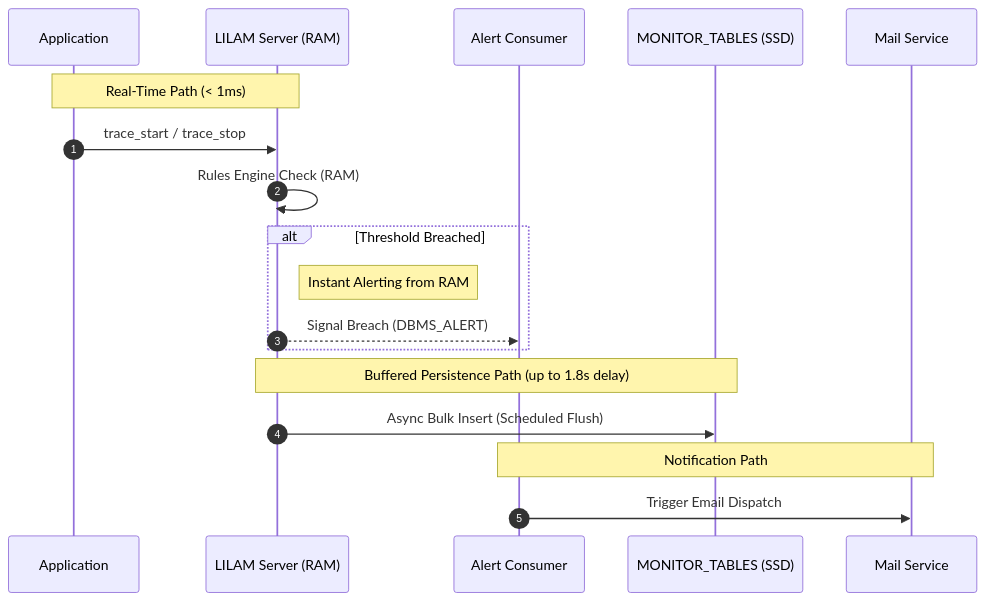
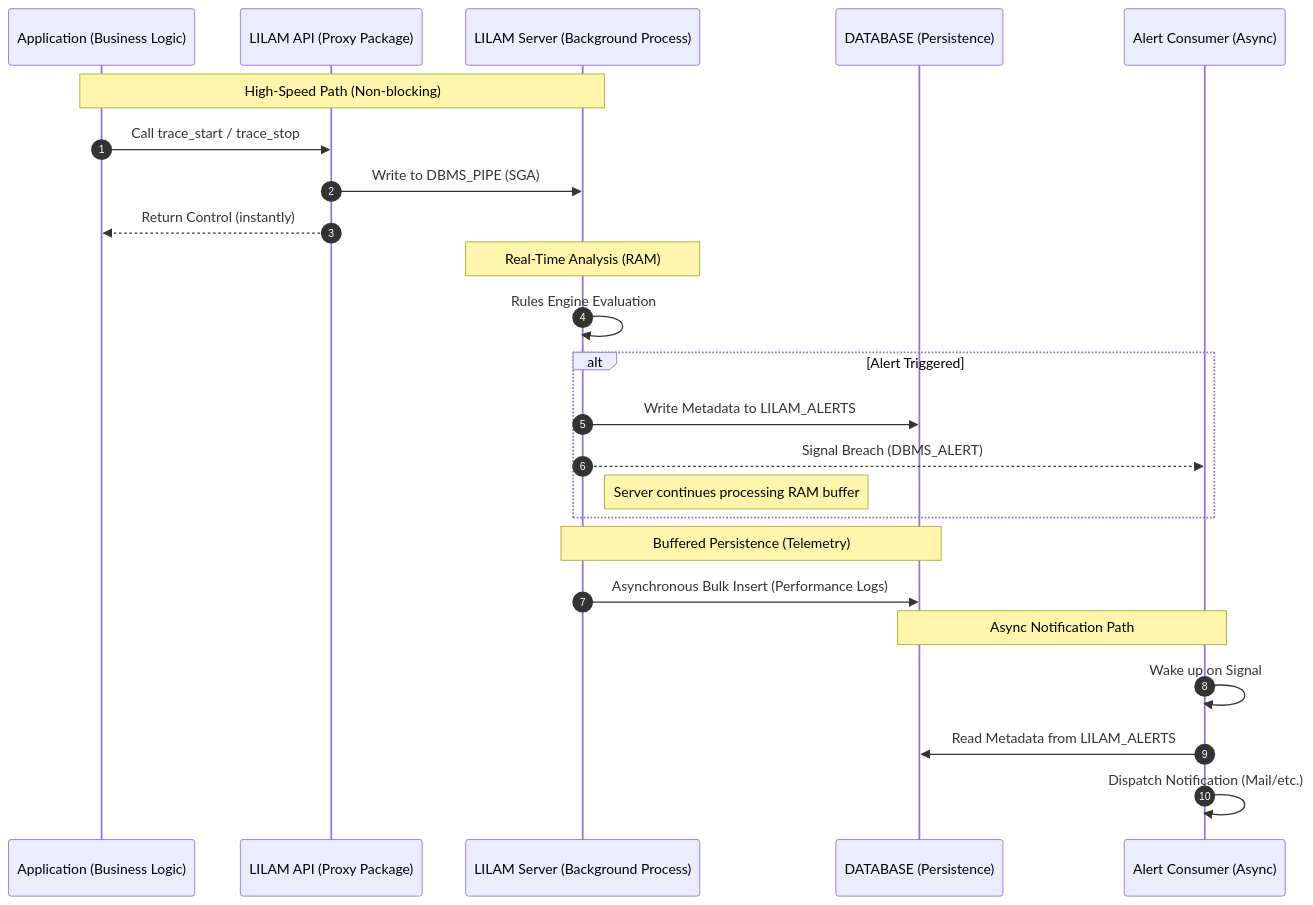
The diagram in rules/rules.md (dirkgermany/LILA), drawn with Mermaid before and after one commit. The commit also changed other lines of this file, not shown here.

````diff
--- a/rules/rules.md
+++ b/rules/rules.md
@@ -9,24 +13,31 @@
 ```mermaid
 sequenceDiagram
     autonumber
-    participant App as Application
-    participant Srv as LILAM Server (RAM)
-    participant Cons as Alert Consumer
-    participant DB as MONITOR_TABLES (SSD)
-    participant Mail as Mail Service
+    participant App as Application (Business Logic)
+    participant Prox as LILAM API (Proxy Package)
+    participant Srv as LILAM Server (Background Process)
+    participant DB as DATABASE (Persistence)
+    participant Cons as Alert Consumer (Async)
 
-    Note over App, Srv: Real-Time Path (< 1ms)
-    App->>Srv: trace_start / trace_stop
-    Srv->>Srv: Rules Engine Check (RAM)
+    Note over App, Srv: High-Speed Path (Non-blocking)
+    App->>Prox: Call trace_start / trace_stop
+    Prox->>Srv: Write to DBMS_PIPE (SGA)
+    Prox-->>App: Return Control (instantly)
+
+    Note over Srv: Real-Time Analysis (RAM)
+    Srv->>Srv: Rules Engine Evaluation
     
-    alt Threshold Breached
-        Note right of Srv: Instant Alerting from RAM
+    alt Alert Triggered
+        Srv->>DB: Write Metadata to LILAM_ALERTS
         Srv-->>Cons: Signal Breach (DBMS_ALERT)
+        Note right of Srv: Server continues processing RAM buffer
     end
 
-    Note over Srv, DB: Buffered Persistence Path (up to 1.8s delay)
-    Srv->>DB: Async Bulk Insert (Scheduled Flush)
-    
-    Note over Cons, Mail: Notification Path
-    Cons->>Mail: Trigger Email Dispatch
+    Note over Srv, DB: Buffered Persistence (Telemetry)
+    Srv->>DB: Asynchronous Bulk Insert (Performance Logs)
+
+    Note over Cons, DB: Async Notification Path
+    Cons->>Cons: Wake up on Signal
+    Cons->>DB: Read Metadata from LILAM_ALERTS
+    Cons->>Cons: Dispatch Notification (Mail/etc.)
 ```
````
